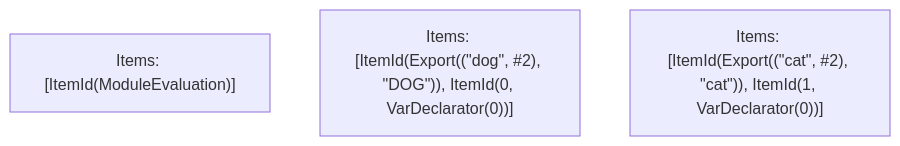
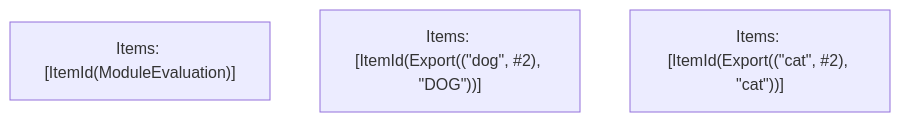
The fifth of 5 diagrams in crates/turbopack-ecmascript/tests/tree-shaker/analyzer/multi-export/output.md (vercel/turborepo), drawn with Mermaid before and after one commit. The commit also changed other lines of this file and 20 other files, not shown here.

````diff
--- a/crates/turbopack-ecmascript/tests/tree-shaker/analyzer/multi-export/output.md
+++ b/crates/turbopack-ecmascript/tests/tree-shaker/analyzer/multi-export/output.md
@@ -82,6 +80,6 @@
 ```mermaid
 graph TD
     N0["Items: [ItemId(ModuleEvaluation)]"];
-    N1["Items: [ItemId(Export((&quot;dog&quot;, #2), &quot;DOG&quot;)), ItemId(0, VarDeclarator(0))]"];
-    N2["Items: [ItemId(Export((&quot;cat&quot;, #2), &quot;cat&quot;)), ItemId(1, VarDeclarator(0))]"];
+    N1["Items: [ItemId(Export((&quot;dog&quot;, #2), &quot;DOG&quot;))]"];
+    N2["Items: [ItemId(Export((&quot;cat&quot;, #2), &quot;cat&quot;))]"];
 ```
````
